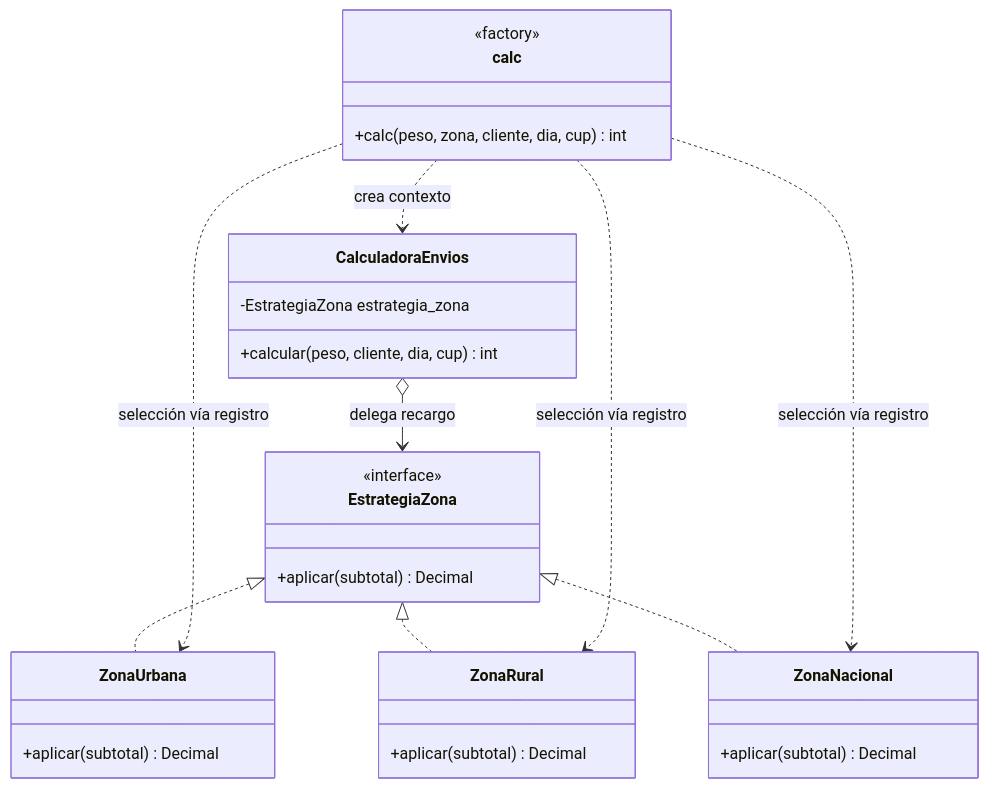
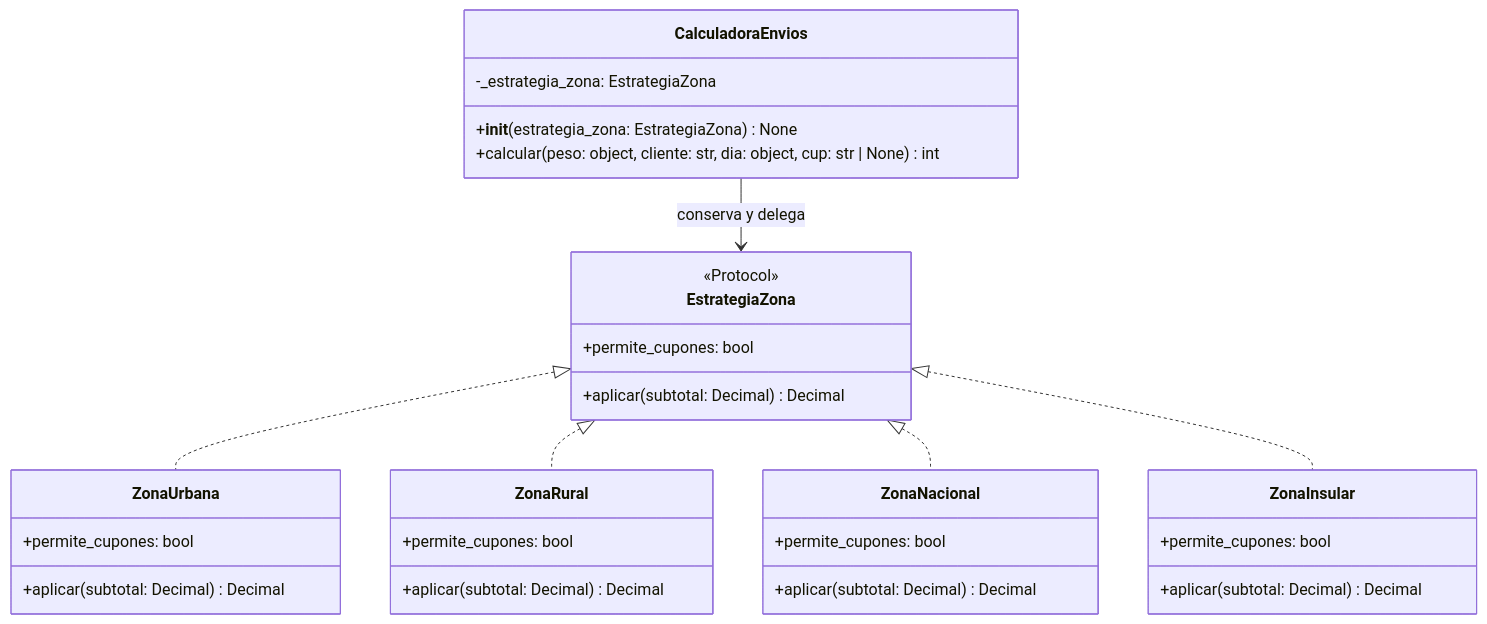
The diagram in docs/06_refactorizacion.md (Male0523/Parcial_IS), drawn with Mermaid before and after one commit. The commit also changed other lines of this file, not shown here.

Commit message:
docs: actualizar correcciones académicas

````diff
--- a/docs/06_refactorizacion.md
+++ b/docs/06_refactorizacion.md
@@ -62,33 +62,35 @@
 ```mermaid
 classDiagram
-    class CalculadoraEnvios {
-        -EstrategiaZona estrategia_zona
-        +calcular(peso, cliente, dia, cup) int
-    }
     class EstrategiaZona {
-        <<interface>>
-        +aplicar(subtotal) Decimal
+        <<Protocol>>
+        +permite_cupones: bool
+        +aplicar(subtotal: Decimal) Decimal
     }
     class ZonaUrbana {
-        +aplicar(subtotal) Decimal
+        +permite_cupones: bool
+        +aplicar(subtotal: Decimal) Decimal
     }
     class ZonaRural {
-        +aplicar(subtotal) Decimal
+        +permite_cupones: bool
+        +aplicar(subtotal: Decimal) Decimal
     }
     class ZonaNacional {
-        +aplicar(subtotal) Decimal
+        +permite_cupones: bool
+        +aplicar(subtotal: Decimal) Decimal
     }
-    class calc {
-        <<factory>>
-        +calc(peso, zona, cliente, dia, cup) int
+    class ZonaInsular {
+        +permite_cupones: bool
+        +aplicar(subtotal: Decimal) Decimal
+    }
+    class CalculadoraEnvios {
+        -_estrategia_zona: EstrategiaZona
+        +__init__(estrategia_zona: EstrategiaZona) None
+        +calcular(peso: object, cliente: str, dia: object, cup: str | None) int
     }
 
     EstrategiaZona <|.. ZonaUrbana
     EstrategiaZona <|.. ZonaRural
     EstrategiaZona <|.. ZonaNacional
-    CalculadoraEnvios o--> EstrategiaZona : delega recargo
-    calc ..> CalculadoraEnvios : crea contexto
-    calc ..> ZonaUrbana : selección vía registro
-    calc ..> ZonaRural : selección vía registro
-    calc ..> ZonaNacional : selección vía registro
+    EstrategiaZona <|.. ZonaInsular
+    CalculadoraEnvios --> EstrategiaZona : conserva y delega
 ```
````
